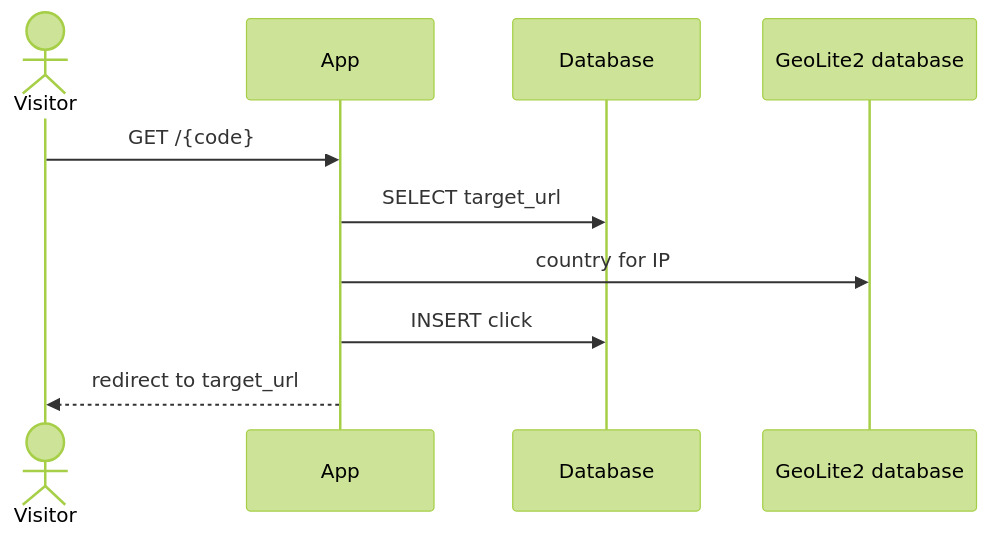
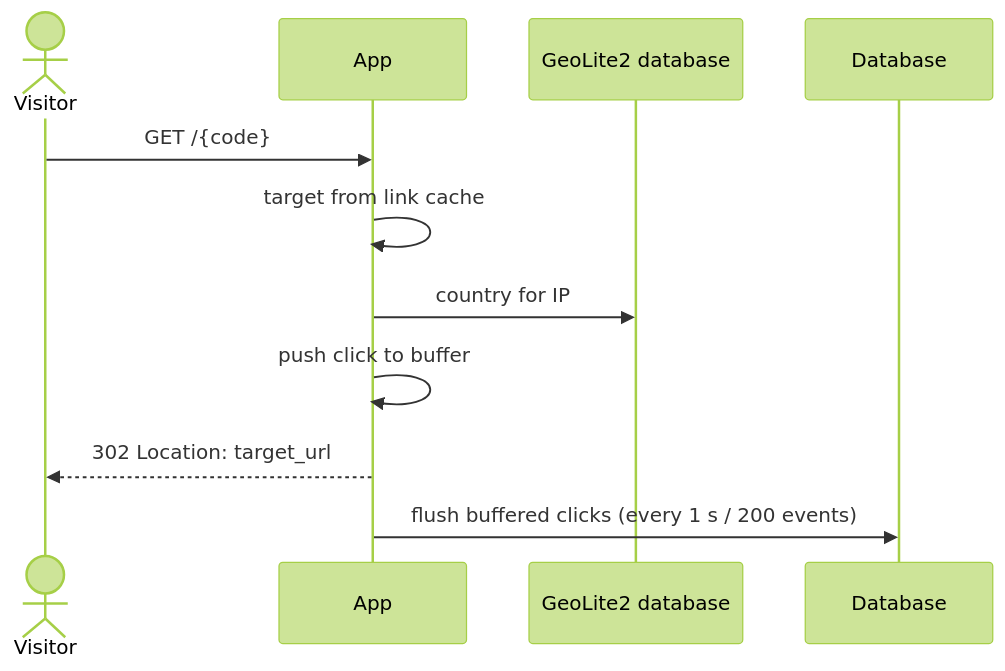
One commit to fwiesek/tech-design-skills changed the fifth of 6 diagrams in examples/link-shortener/docs/design/link-shortener/design.md. Above: the diagram before and after it, drawn with Mermaid (forest theme). The commit also changed other lines of this file and 5 other files, not shown here.

````diff
--- a/examples/link-shortener/docs/design/link-shortener/design.md
+++ b/examples/link-shortener/docs/design/link-shortener/design.md
@@ -128,12 +141,13 @@
 ```mermaid
 sequenceDiagram
   actor Visitor
   participant App
+  participant Geo as GeoLite2 database
   participant DB as Database
-  participant Geo as GeoLite2 database
   Visitor->>App: GET /{code}
-  App->>DB: SELECT target_url
+  App->>App: target from link cache
   App->>Geo: country for IP
-  App->>DB: INSERT click
-  App-->>Visitor: redirect to target_url
+  App->>App: push click to buffer
+  App-->>Visitor: 302 Location: target_url
+  App->>DB: flush buffered clicks (every 1 s / 200 events)
 ```
````
